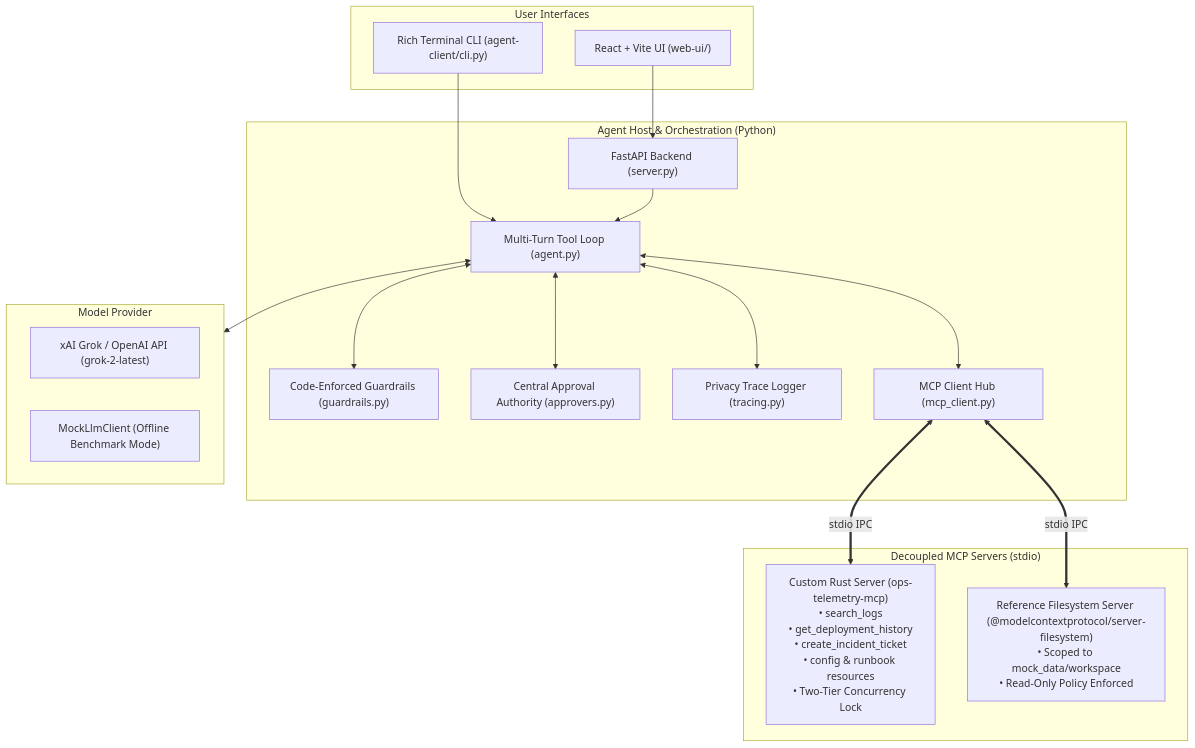
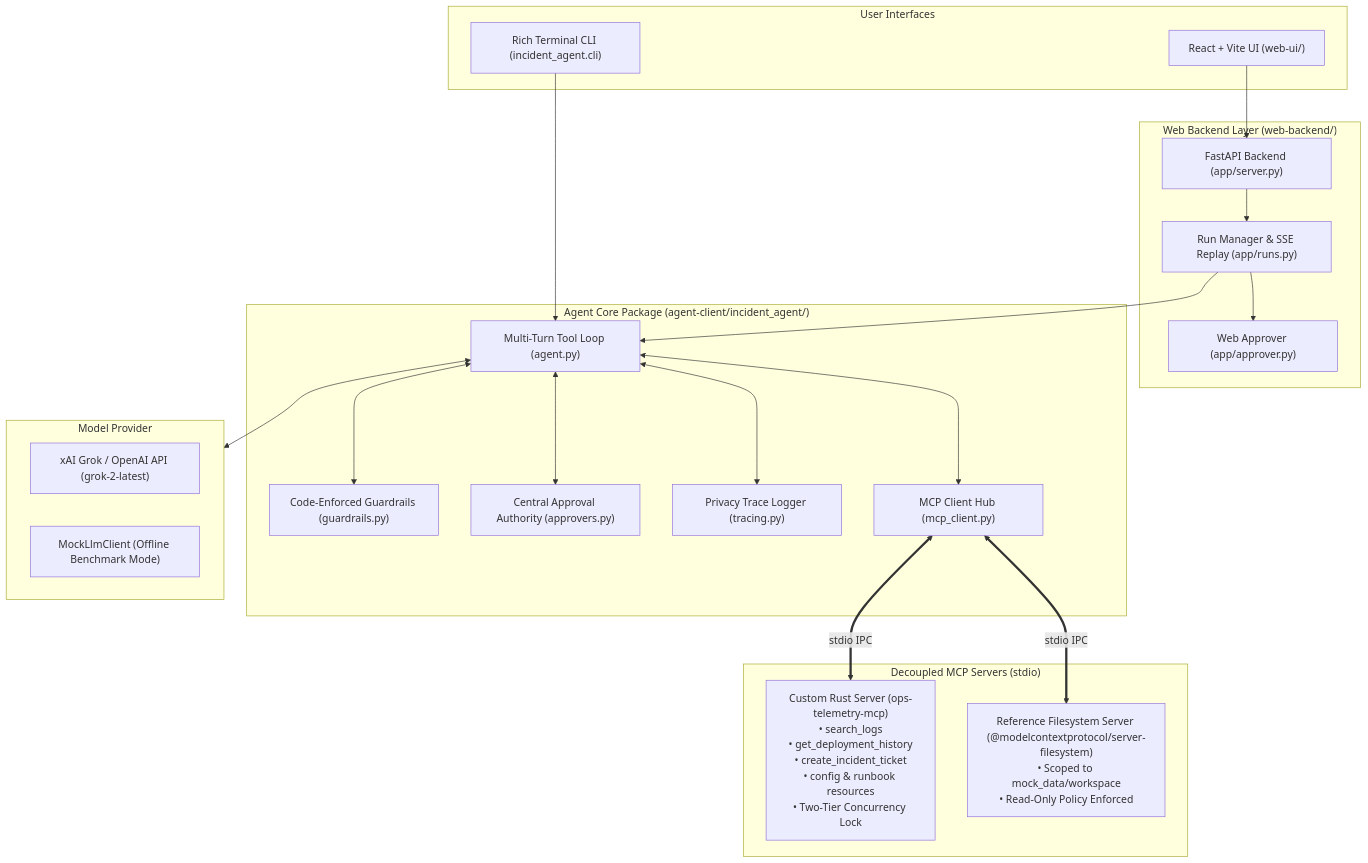
The first of 2 diagrams in README.md (Dilshan-Pasindu/AI-Incident-Triage-Agent), drawn with Mermaid before and after one commit. The commit also changed other lines of this file and 3 other files, not shown here.

Commit message:
docs: update README, REPORT, and scripts to reflect decoupled web-backend layout

````diff
--- a/README.md
+++ b/README.md
@@ -16,36 +16,44 @@
 ```mermaid
 flowchart TD
     subgraph UI ["User Interfaces"]
-        CLI["Rich Terminal CLI (agent-client/cli.py)"]
+        CLI["Rich Terminal CLI (incident_agent.cli)"]
         WEB["React + Vite UI (web-ui/)"]
     end
 
-    subgraph Host ["Agent Host & Orchestration (Python)"]
-        API["FastAPI Backend (server.py)"]
+    subgraph WebBackend ["Web Backend Layer (web-backend/)"]
+        API["FastAPI Backend (app/server.py)"]
+        RUNS["Run Manager & SSE Replay (app/runs.py)"]
+        WAPPROV["Web Approver (app/approver.py)"]
+    end
+
+    subgraph CoreHost ["Agent Core Package (agent-client/incident_agent/)"]
         LOOP["Multi-Turn Tool Loop (agent.py)"]
         GUARD["Code-Enforced Guardrails (guardrails.py)"]
         HITL["Central Approval Authority (approvers.py)"]
         TRACE["Privacy Trace Logger (tracing.py)"]
         HUB["MCP Client Hub (mcp_client.py)"]
     end
 
     subgraph LLM ["Model Provider"]
         XAI["xAI Grok / OpenAI API (grok-2-latest)"]
         MOCK["MockLlmClient (Offline Benchmark Mode)"]
     end
 
     subgraph Servers ["Decoupled MCP Servers (stdio)"]
         OPS["Custom Rust Server (ops-telemetry-mcp)\n• search_logs\n• get_deployment_history\n• create_incident_ticket\n• config & runbook resources\n• Two-Tier Concurrency Lock"]
         FS["Reference Filesystem Server (@modelcontextprotocol/server-filesystem)\n• Scoped to mock_data/workspace\n• Read-Only Policy Enforced"]
     end
 
     CLI --> LOOP
-    WEB --> API --> LOOP
+    WEB --> API
+    API --> RUNS
+    RUNS --> WAPPROV
+    RUNS --> LOOP
     LOOP <--> GUARD
     LOOP <--> HITL
     LOOP <--> TRACE
     LOOP <--> LLM
     LOOP <--> HUB
     HUB <==>|stdio IPC| OPS
     HUB <==>|stdio IPC| FS
 ```
````
